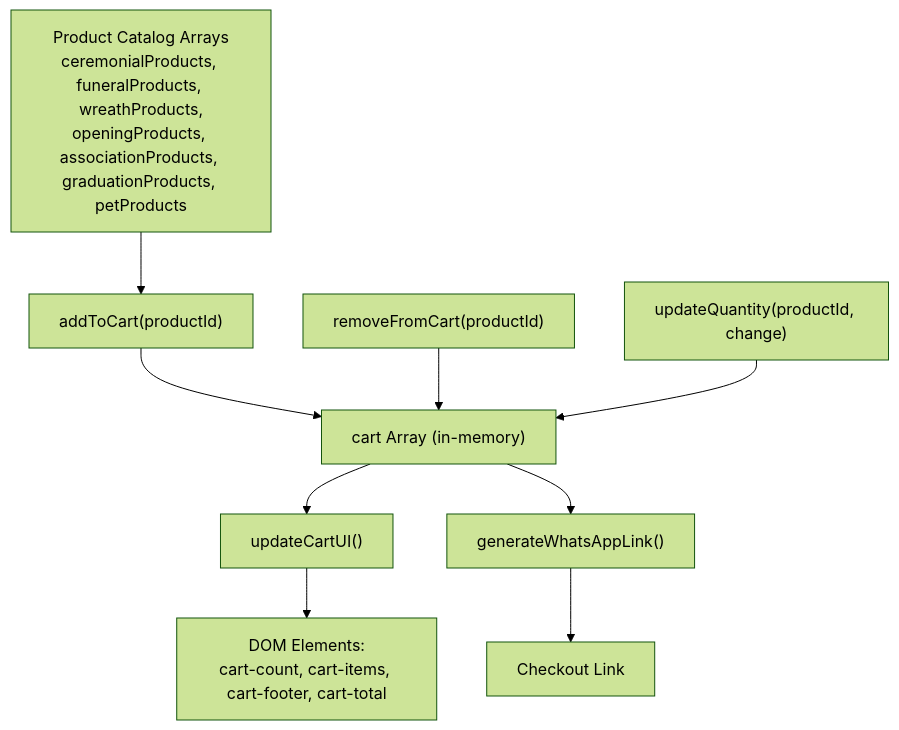
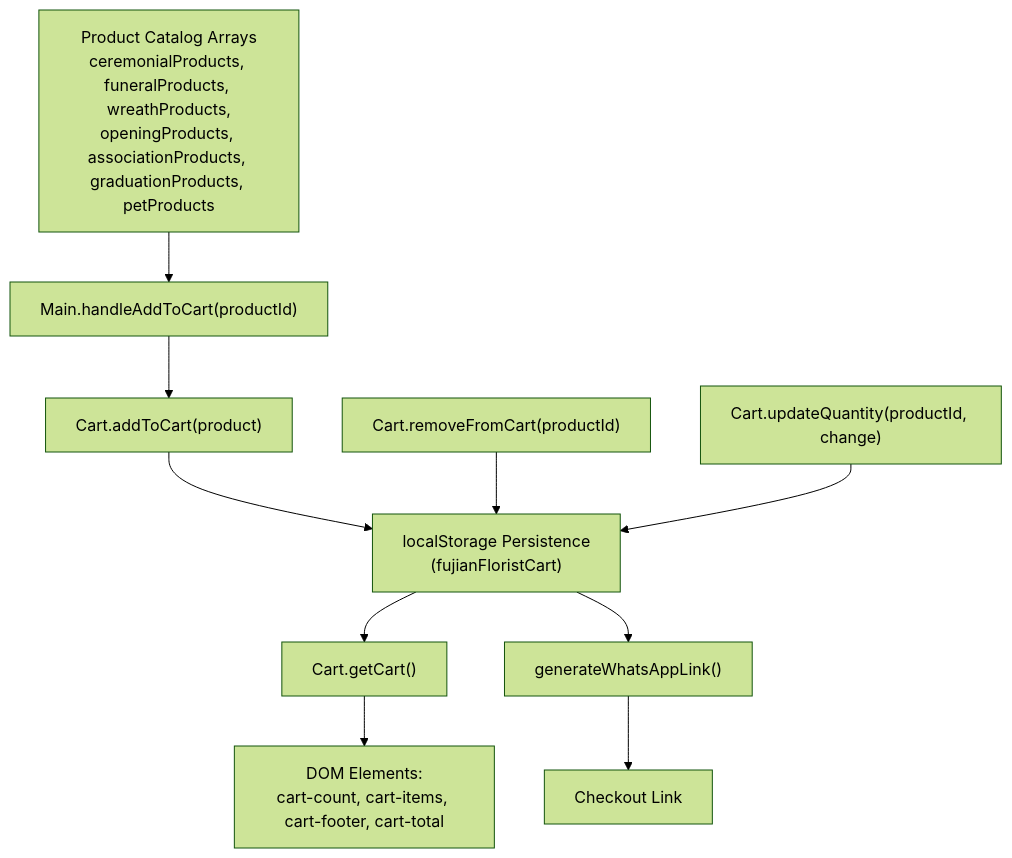
One commit to queenflowerhk/queenflowerhk.github.io changed the first of 7 diagrams in .qoder/repowiki/en/content/User Interface Components/Interactive Elements/Shopping Cart Sidebar/Cart State Management.md. Above: the diagram before and after it, drawn with Mermaid (forest theme). The commit also changed other lines of this file and 36 other files, not shown here.

````diff
--- a/.qoder/repowiki/en/content/User Interface Components/Interactive Elements/Shopping Cart Sidebar/Cart State Management.md
+++ b/.qoder/repowiki/en/content/User Interface Components/Interactive Elements/Shopping Cart Sidebar/Cart State Management.md
@@ -38,11 +48,12 @@
 ```mermaid
 graph TB
-A["Product Catalog Arrays<br/>ceremonialProducts, funeralProducts, wreathProducts,<br/>openingProducts, associationProducts, graduationProducts, petProducts"] --> B["addToCart(productId)"]
-B --> C["cart Array (in-memory)"]
-D["removeFromCart(productId)"] --> C
-E["updateQuantity(productId, change)"] --> C
-F["updateCartUI()"] --> G["DOM Elements:<br/>cart-count, cart-items, cart-footer, cart-total"]
-H["generateWhatsAppLink()"] --> I["Checkout Link"]
-C --> F
-C --> H
+A["Product Catalog Arrays<br/>ceremonialProducts, funeralProducts, wreathProducts,<br/>openingProducts, associationProducts, graduationProducts, petProducts"] --> B["Main.handleAddToCart(productId)"]
+B --> C["Cart.addToCart(product)"]
+C --> D["localStorage Persistence<br/>(fujianFloristCart)"]
+E["Cart.removeFromCart(productId)"] --> D
+F["Cart.updateQuantity(productId, change)"] --> D
+G["Cart.getCart()"] --> H["DOM Elements:<br/>cart-count, cart-items, cart-footer, cart-total"]
+I["generateWhatsAppLink()"] --> J["Checkout Link"]
+D --> G
+D --> I
 ```
````
